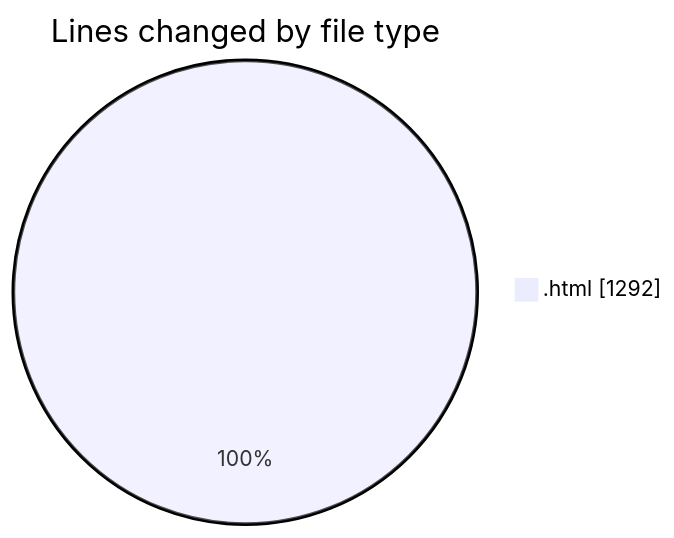
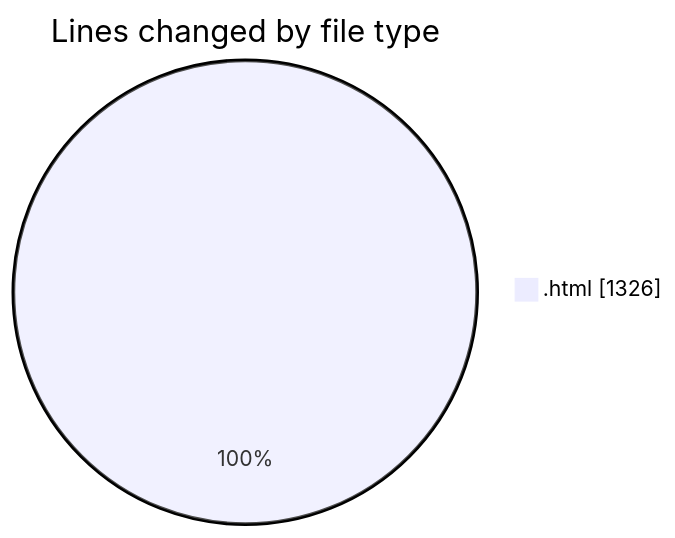
Before and after one commit to Ritupan-Deka/code-tracking: the first of 2 diagrams in 2025-05-21/filetransfer/README.md, drawn with Mermaid. The commit also changed other lines of this file and 1 other file, not shown here.

````diff
--- a/2025-05-21/filetransfer/README.md
+++ b/2025-05-21/filetransfer/README.md
@@ -22,5 +22,5 @@
 ```mermaid
 pie showData
 title Lines changed by file type
-".html" : 1292
+".html" : 1326
 ```
````
